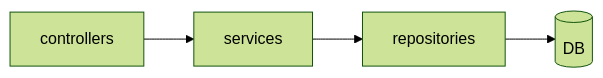
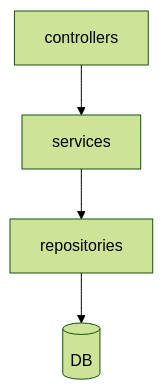
Before and after one commit to nekolife1984/cc-rsg: the second of 4 diagrams in skills/specback/references/outline-tables.md, drawn with Mermaid (forest theme). The commit also changed other lines of this file and 4 other files, not shown here.

Commit message:
fixup: broaden Active-diagram rule beyond just processing

````diff
--- a/skills/specback/references/outline-tables.md
+++ b/skills/specback/references/outline-tables.md
@@ -284,6 +284,6 @@
 ```mermaid
-graph LR
+graph TD
   controllers --> services
   services --> repositories
   repositories --> database[(DB)]
 ```
````
